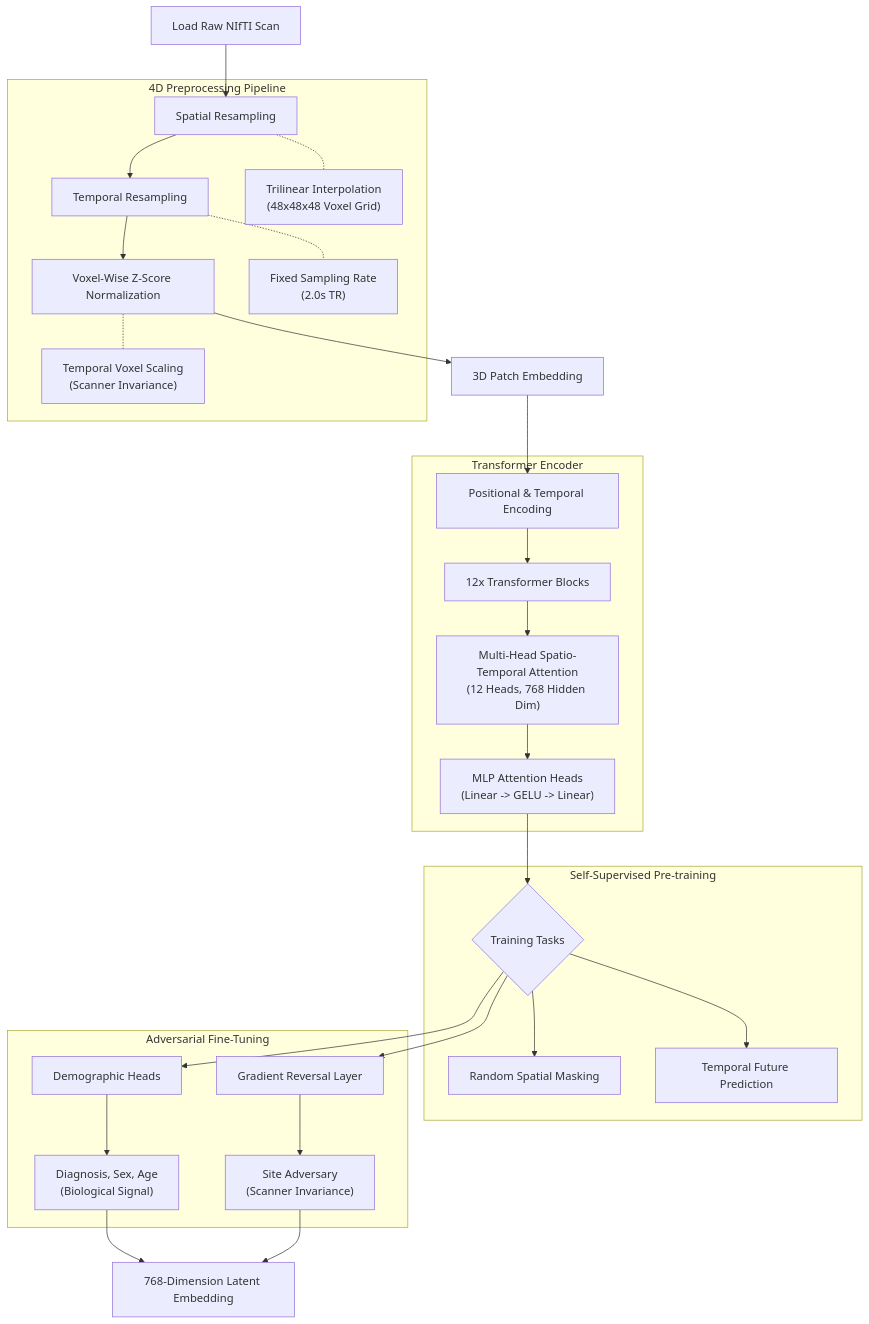
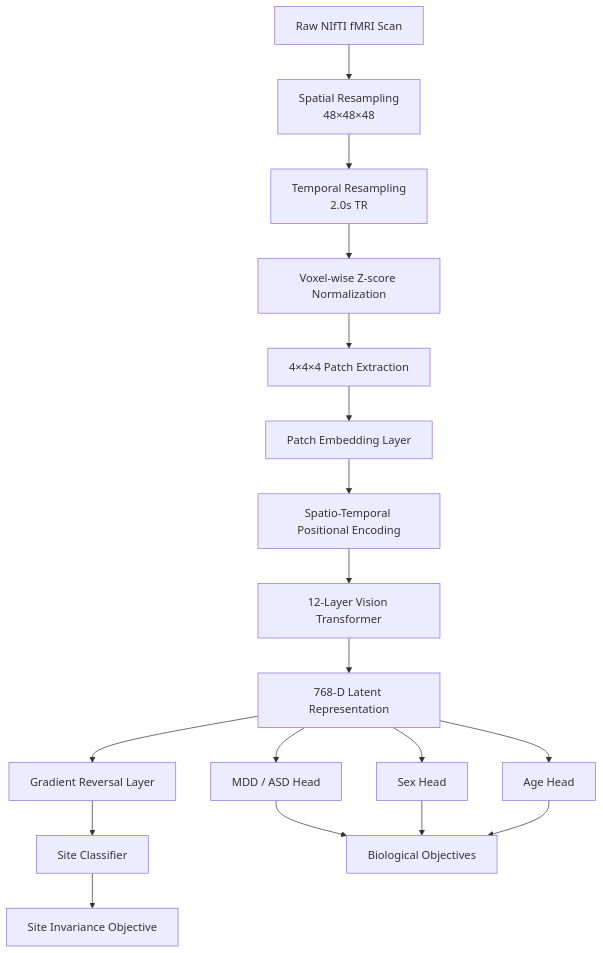
One commit to zakerytclarke/brain-embedding changed the diagram in README.md. Above: the diagram before and after it, drawn with Mermaid. The commit also changed other lines of this file, not shown here.

````diff
--- a/README.md
+++ b/README.md
@@ -30,37 +72,32 @@
 ```mermaid
-graph TD
-    A[Load Raw NIfTI Scan] --> B[Spatial Resampling]
-    B --> C[Temporal Resampling]
-    C --> D[Voxel-Wise Z-Score Normalization]
-    
-    subgraph "4D Preprocessing Pipeline"
-    B -.- B1["Trilinear Interpolation<br/>(48x48x48 Voxel Grid)"]
-    C -.- C1["Fixed Sampling Rate<br/>(2.0s TR)"]
-    D -.- D1["Temporal Voxel Scaling<br/>(Scanner Invariance)"]
-    end
+flowchart TD
 
-    D --> E[3D Patch Embedding]
-    E --> F[Positional & Temporal Encoding]
-    
-    subgraph "Transformer Encoder"
-    F --> G[12x Transformer Blocks]
-    G --> G1["Multi-Head Spatio-Temporal Attention<br/>(12 Heads, 768 Hidden Dim)"]
-    G1 --> G2["MLP Attention Heads<br/>(Linear -> GELU -> Linear)"]
-    end
+A[Raw NIfTI fMRI Scan]
 
-    G2 --> H{Training Tasks}
-    
-    subgraph "Self-Supervised Pre-training"
-    H --> I[Random Spatial Masking]
-    H --> J[Temporal Future Prediction]
-    end
+A --> B[Spatial Resampling<br/>48×48×48]
+B --> C[Temporal Resampling<br/>2.0s TR]
+C --> D[Voxel-wise Z-score Normalization]
 
-    subgraph "Adversarial Fine-Tuning"
-    H --> K[Demographic Heads]
-    K --> K1["Diagnosis, Sex, Age<br/>(Biological Signal)"]
-    H --> L[Gradient Reversal Layer]
-    L --> L1["Site Adversary<br/>(Scanner Invariance)"]
-    end
+D --> E[4×4×4 Patch Extraction]
 
-    K1 & L1 --> M[768-Dimension Latent Embedding]
+E --> F[Patch Embedding Layer]
+
+F --> G[Spatio-Temporal Positional Encoding]
+
+G --> H[12-Layer Vision Transformer]
+
+H --> I[768-D Latent Representation]
+
+I --> J1[MDD / ASD Head]
+I --> J2[Sex Head]
+I --> J3[Age Head]
+
+I --> K[Gradient Reversal Layer]
+K --> L[Site Classifier]
+
+J1 --> M[Biological Objectives]
+J2 --> M
+J3 --> M
+
+L --> N[Site Invariance Objective]
 ```
````
